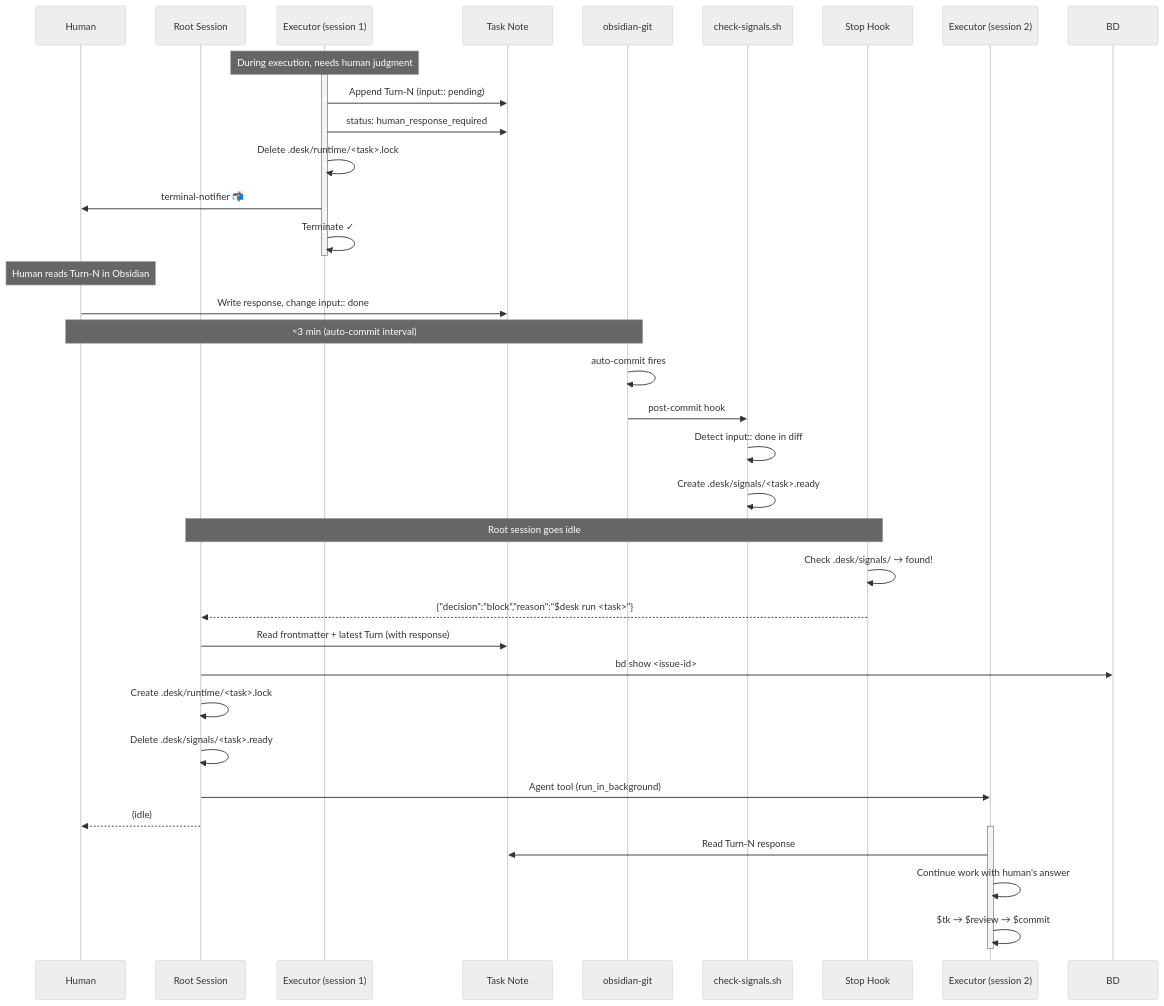
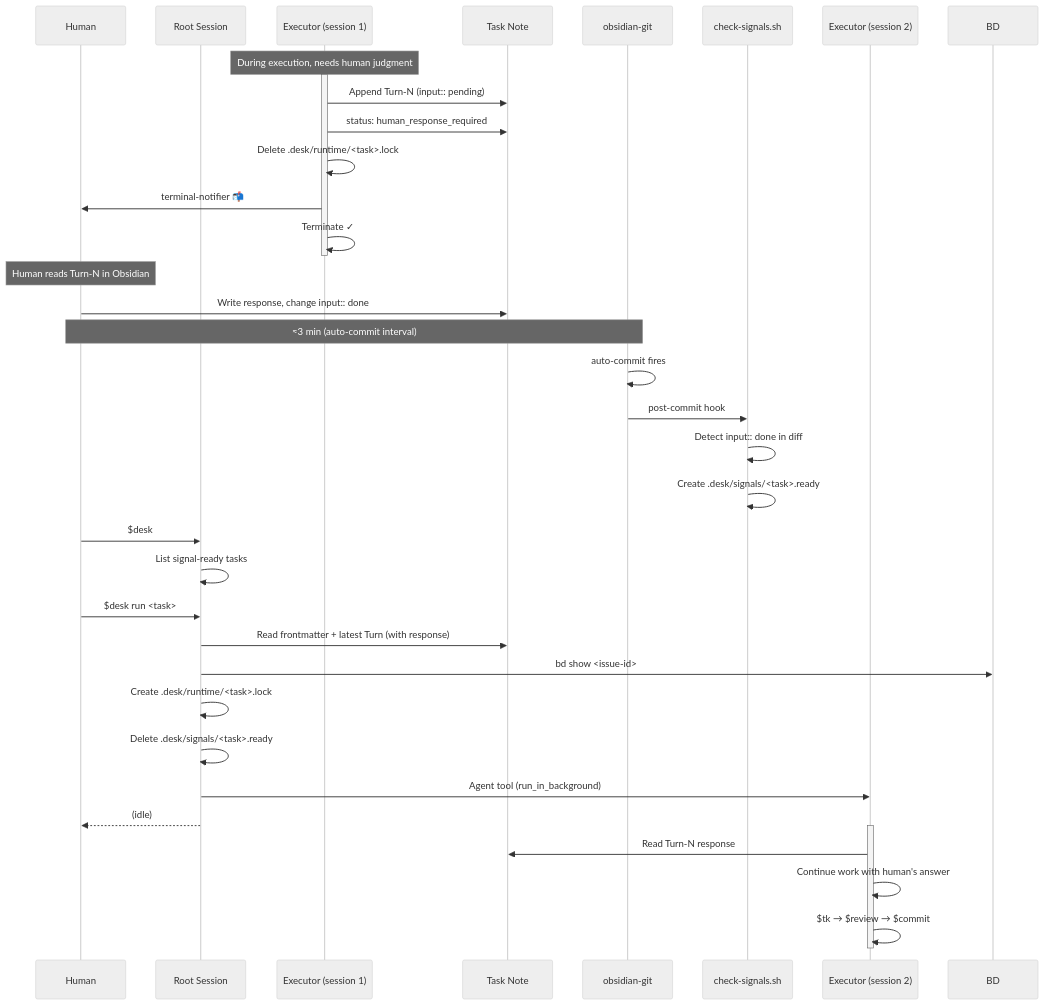
One commit to hrfmmr/dotfiles changed the second of 6 diagrams in codex/skills/desk/references/sequence-diagrams.md. Above: the diagram before and after it, drawn with Mermaid (neutral theme). The commit also changed other lines of this file and 4 other files, not shown here.

Commit message:
chore: remove desk stop hook flow

````diff
--- a/codex/skills/desk/references/sequence-diagrams.md
+++ b/codex/skills/desk/references/sequence-diagrams.md
@@ -38,45 +33,43 @@
 ```mermaid
 sequenceDiagram
     participant H as Human
     participant R as Root Session
     participant E1 as Executor (session 1)
     participant TN as Task Note
     participant OG as obsidian-git
     participant CS as check-signals.sh
-    participant Hook as Stop Hook
     participant E2 as Executor (session 2)
 
     Note over E1: During execution, needs human judgment
     activate E1
     E1->>TN: Append Turn-N (input:: pending)
     E1->>TN: status: human_response_required
     E1->>E1: Delete .desk/runtime/<task>.lock
     E1->>H: terminal-notifier 📬
     E1->>E1: Terminate ✓
     deactivate E1
 
     Note over H: Human reads Turn-N in Obsidian
     H->>TN: Write response, change input:: done
     Note over H,OG: ≈3 min (auto-commit interval)
     OG->>OG: auto-commit fires
     OG->>CS: post-commit hook
     CS->>CS: Detect input:: done in diff
     CS->>CS: Create .desk/signals/<task>.ready
 
-    Note over R,Hook: Root session goes idle
-    Hook->>Hook: Check .desk/signals/ → found!
-    Hook-->>R: {"decision":"block","reason":"$desk run <task>"}
-
+    H->>R: $desk
+    R->>R: List signal-ready tasks
+    H->>R: $desk run <task>
     R->>TN: Read frontmatter + latest Turn (with response)
     R->>BD: bd show <issue-id>
     R->>R: Create .desk/runtime/<task>.lock
     R->>R: Delete .desk/signals/<task>.ready
     R->>E2: Agent tool (run_in_background)
     R-->>H: (idle)
 
     activate E2
     E2->>TN: Read Turn-N response
     E2->>E2: Continue work with human's answer
     E2->>E2: $tk → $review → $commit
     deactivate E2
 ```
````
